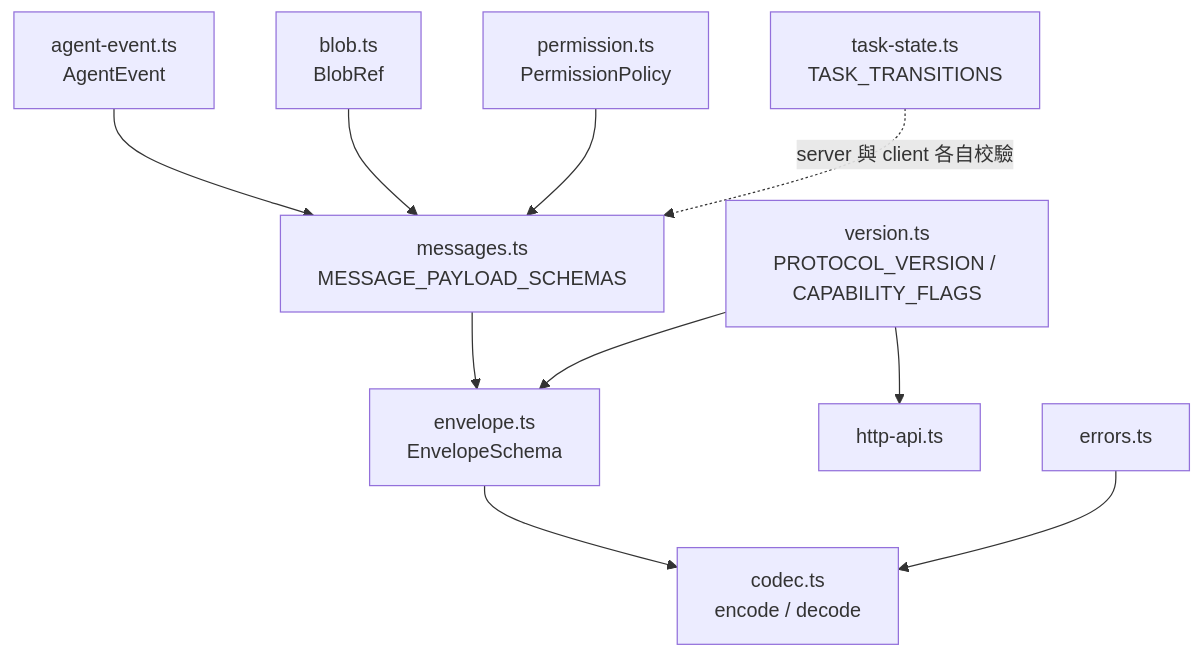
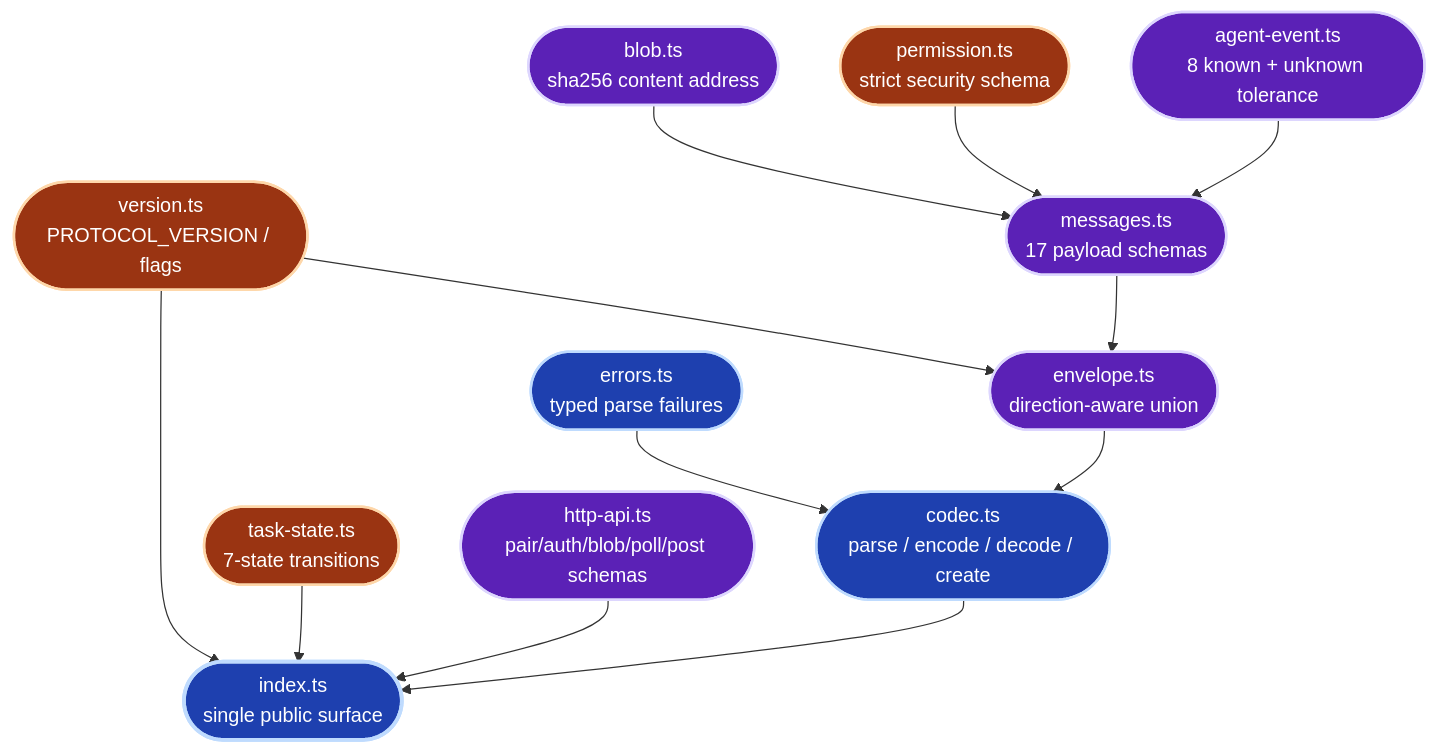
One commit to Ancienttwo/byok-sdk changed the third of 19 diagrams in docs/architecture/sdk-architecture.md. Above: the diagram before and after it, drawn with Mermaid. The commit also changed other lines of this file and 5 other files, not shown here.

````diff
--- a/docs/architecture/sdk-architecture.md
+++ b/docs/architecture/sdk-architecture.md
@@ -104,23 +162,32 @@
 ```mermaid
 flowchart TB
-  MSG["messages.ts<br/>MESSAGE_PAYLOAD_SCHEMAS"]
-  ENV["envelope.ts<br/>EnvelopeSchema"]
-  CODEC["codec.ts<br/>encode / decode"]
-  EVT["agent-event.ts<br/>AgentEvent"]
-  BLOB["blob.ts<br/>BlobRef"]
-  PERM["permission.ts<br/>PermissionPolicy"]
-  STATE["task-state.ts<br/>TASK_TRANSITIONS"]
-  VER["version.ts<br/>PROTOCOL_VERSION / CAPABILITY_FLAGS"]
-  HTTP["http-api.ts"]
-  ERR["errors.ts"]
+  classDef core fill:#1e40af,stroke:#bfdbfe,stroke-width:2px,color:#fff
+  classDef schema fill:#5b21b6,stroke:#ddd6fe,stroke-width:2px,color:#fff
+  classDef safety fill:#9a3412,stroke:#fed7aa,stroke-width:2px,color:#fff
 
-  EVT --> MSG
-  BLOB --> MSG
-  PERM --> MSG
-  MSG --> ENV
-  VER --> ENV
-  ENV --> CODEC
-  ERR --> CODEC
-  STATE -.->|"server 與 client 各自校驗"| MSG
-  VER --> HTTP
+  Version(["version.ts<br/>PROTOCOL_VERSION / flags"]):::safety
+  Messages(["messages.ts<br/>17 payload schemas"]):::schema
+  Envelope(["envelope.ts<br/>direction-aware union"]):::schema
+  Codec(["codec.ts<br/>parse / encode / decode / create"]):::core
+  Events(["agent-event.ts<br/>8 known + unknown tolerance"]):::schema
+  Policy(["permission.ts<br/>strict security schema"]):::safety
+  Blob(["blob.ts<br/>sha256 content address"]):::schema
+  State(["task-state.ts<br/>7-state transitions"]):::safety
+  HTTP(["http-api.ts<br/>pair/auth/blob/poll/post schemas"]):::schema
+  Errors(["errors.ts<br/>typed parse failures"]):::core
+  Index(["index.ts<br/>single public surface"]):::core
+
+  Version --> Envelope
+  Events --> Messages
+  Policy --> Messages
+  Blob --> Messages
+  Messages --> Envelope
+  Envelope --> Codec
+  Errors --> Codec
+  HTTP --> Index
+  State --> Index
+  Codec --> Index
+  Version --> Index
+
+  style Index stroke-width:3px
 ```
````
